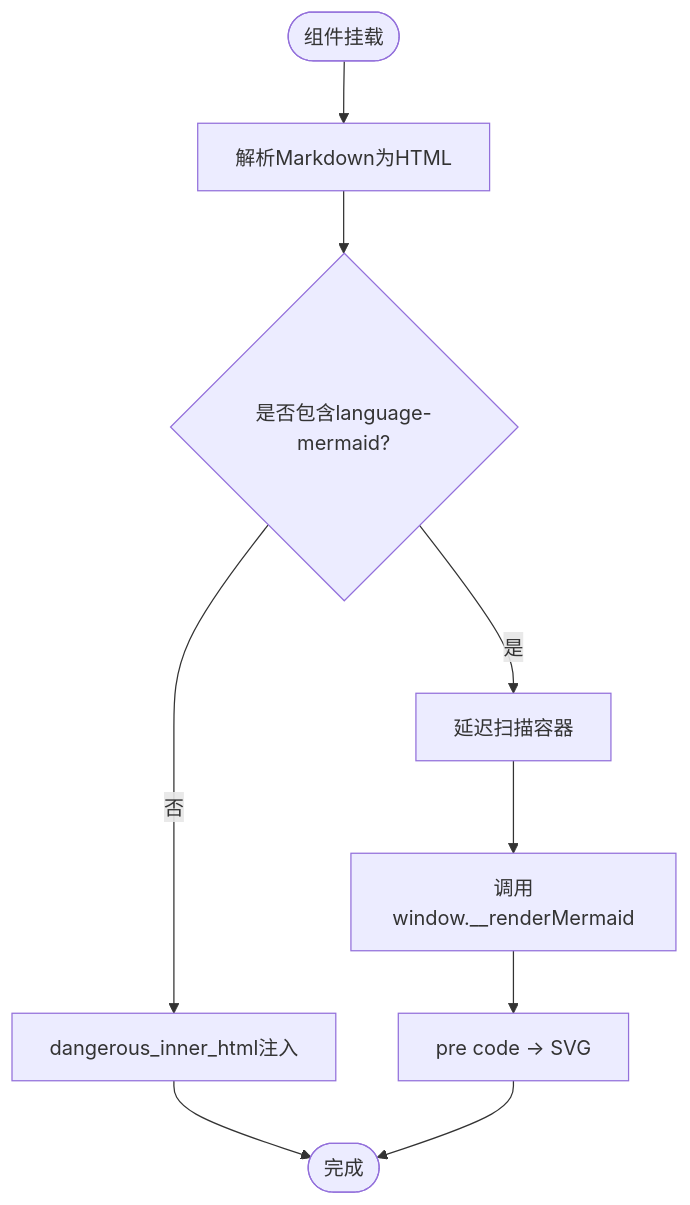
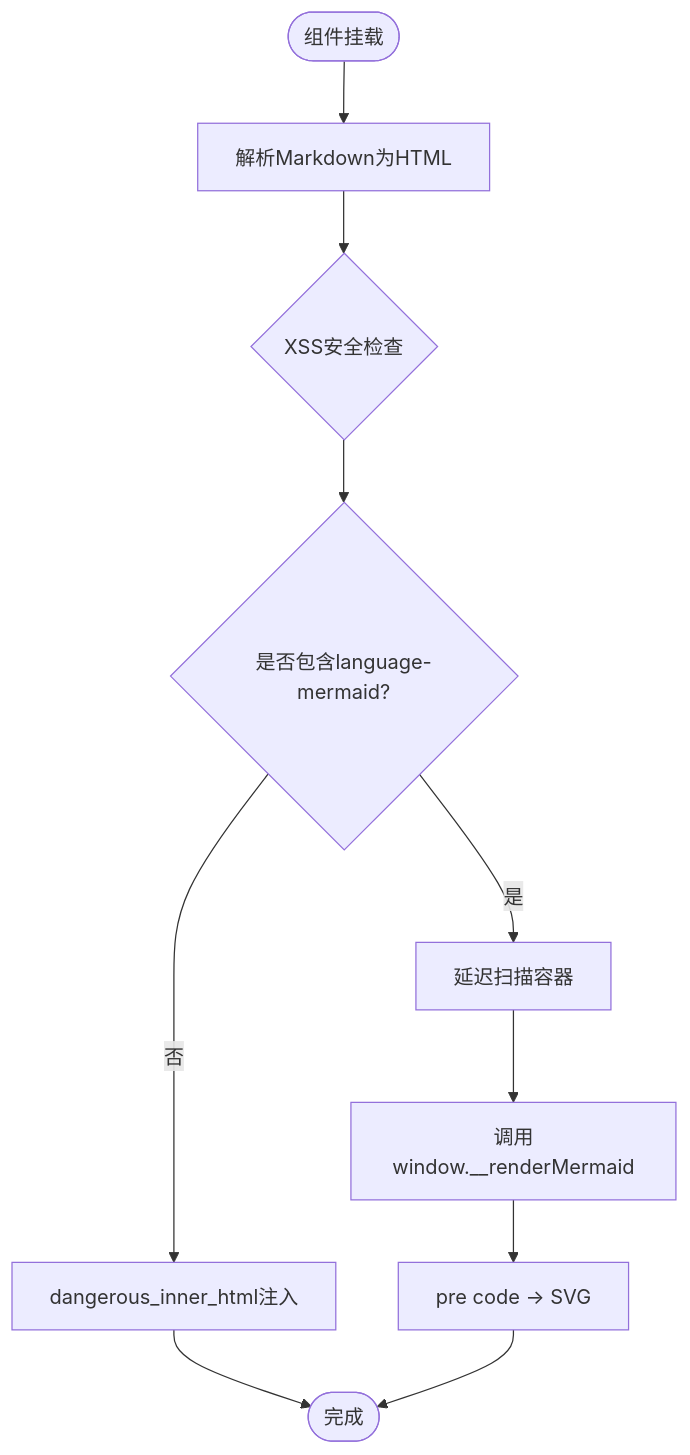
Before and after one commit to runningcoders/ai_orz: the third of 6 diagrams in .qoder/repowiki/zh/content/前端应用/组件系统/图表组件/Mermaid图表支持.md, drawn with Mermaid. The commit also changed other lines of this file and 10 other files, not shown here.

````diff
--- a/.qoder/repowiki/zh/content/前端应用/组件系统/图表组件/Mermaid图表支持.md
+++ b/.qoder/repowiki/zh/content/前端应用/组件系统/图表组件/Mermaid图表支持.md
@@ -137,11 +145,12 @@
 ```mermaid
 flowchart TD
 Start(["组件挂载"]) --> Parse["解析Markdown为HTML"]
-Parse --> Cache{"是否包含language-mermaid?"}
+Parse --> Security{"XSS安全检查"}
+Security --> Cache{"是否包含language-mermaid?"}
 Cache -- 否 --> Render["dangerous_inner_html注入"]
 Cache -- 是 --> Scan["延迟扫描容器"]
 Scan --> CallJS["调用window.__renderMermaid"]
 CallJS --> Replace["pre code -> SVG"]
 Render --> End(["完成"])
 Replace --> End
 ```
````
